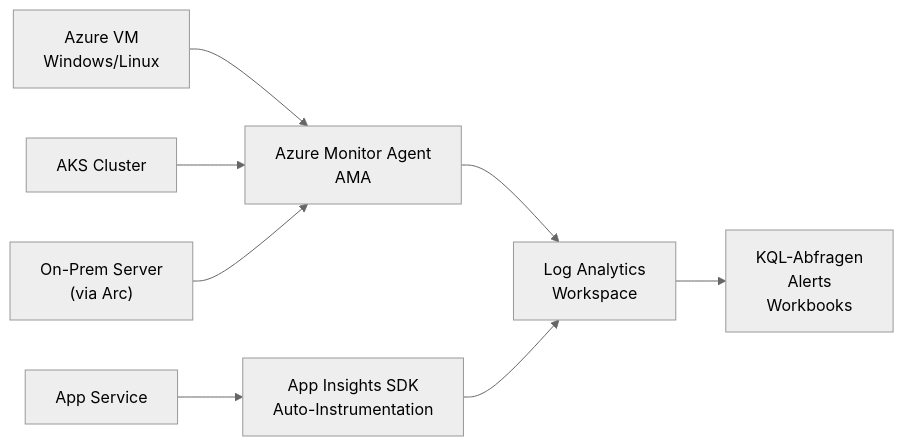
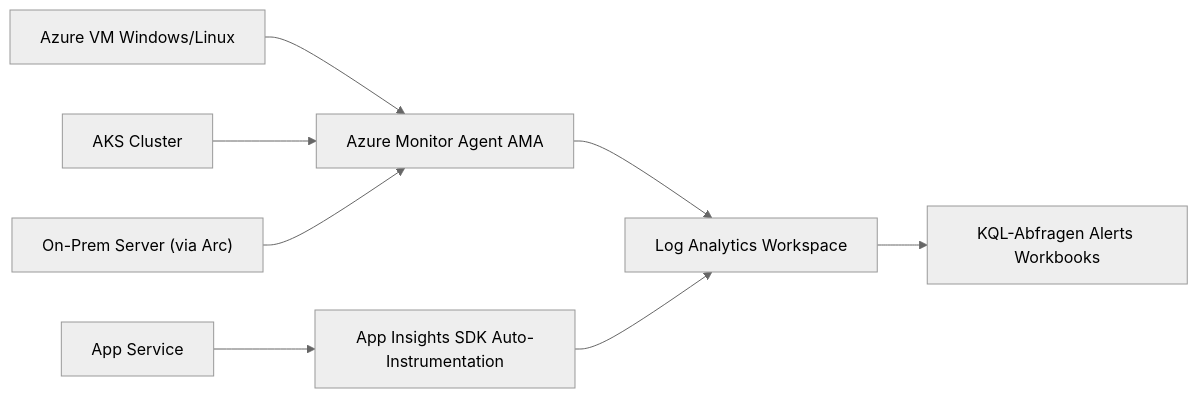
The second of 5 diagrams in Microsoft 365/Azure/Monitor und Management/Azure Monitor Grundlagen.md (SoniiiT/notes-n-docs), drawn with Mermaid (neutral theme) before and after one commit. The commit also changed other lines of this file and 124 other files, not shown here.

First line of the commit message:
fix: Entferne \n aus allen Mermaid-Diagrammen (125 Dateien)

````diff
--- a/Microsoft 365/Azure/Monitor und Management/Azure Monitor Grundlagen.md
+++ b/Microsoft 365/Azure/Monitor und Management/Azure Monitor Grundlagen.md
@@ -137,19 +137,19 @@
 ```mermaid
 graph LR
-    VM["Azure VM\nWindows/Linux"]
+    VM["Azure VM Windows/Linux"]
     AppSvc["App Service"]
     AKS["AKS Cluster"]
-    OnPrem["On-Prem Server\n(via Arc)"]
-    AMA["Azure Monitor Agent\nAMA"]
-    SDK["App Insights SDK\nAuto-Instrumentation"]
-    LAW["Log Analytics\nWorkspace"]
-    KQL["KQL-Abfragen\nAlerts\nWorkbooks"]
+    OnPrem["On-Prem Server (via Arc)"]
+    AMA["Azure Monitor Agent AMA"]
+    SDK["App Insights SDK Auto-Instrumentation"]
+    LAW["Log Analytics Workspace"]
+    KQL["KQL-Abfragen Alerts Workbooks"]
 
     VM --> AMA
     AKS --> AMA
     OnPrem --> AMA
     AMA --> LAW
     AppSvc --> SDK
     SDK --> LAW
     LAW --> KQL
 ```
````
